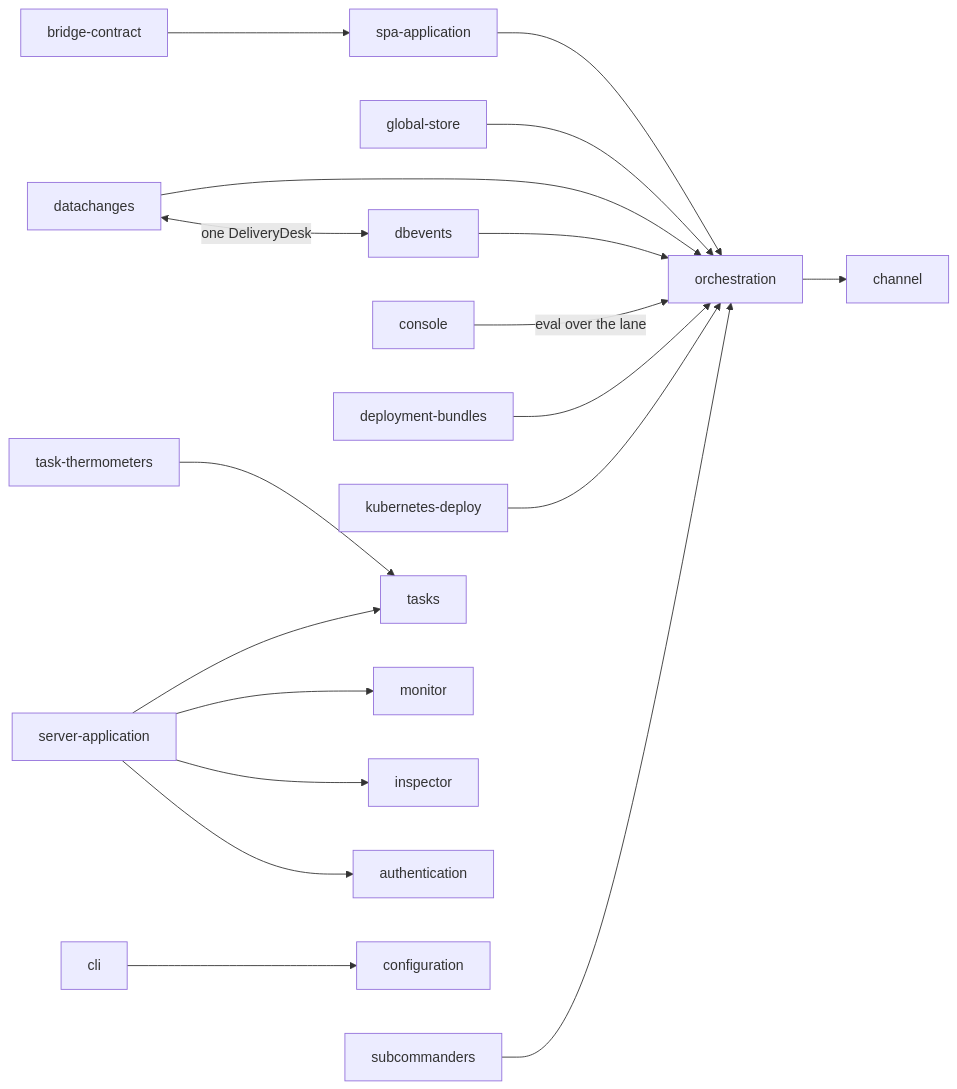
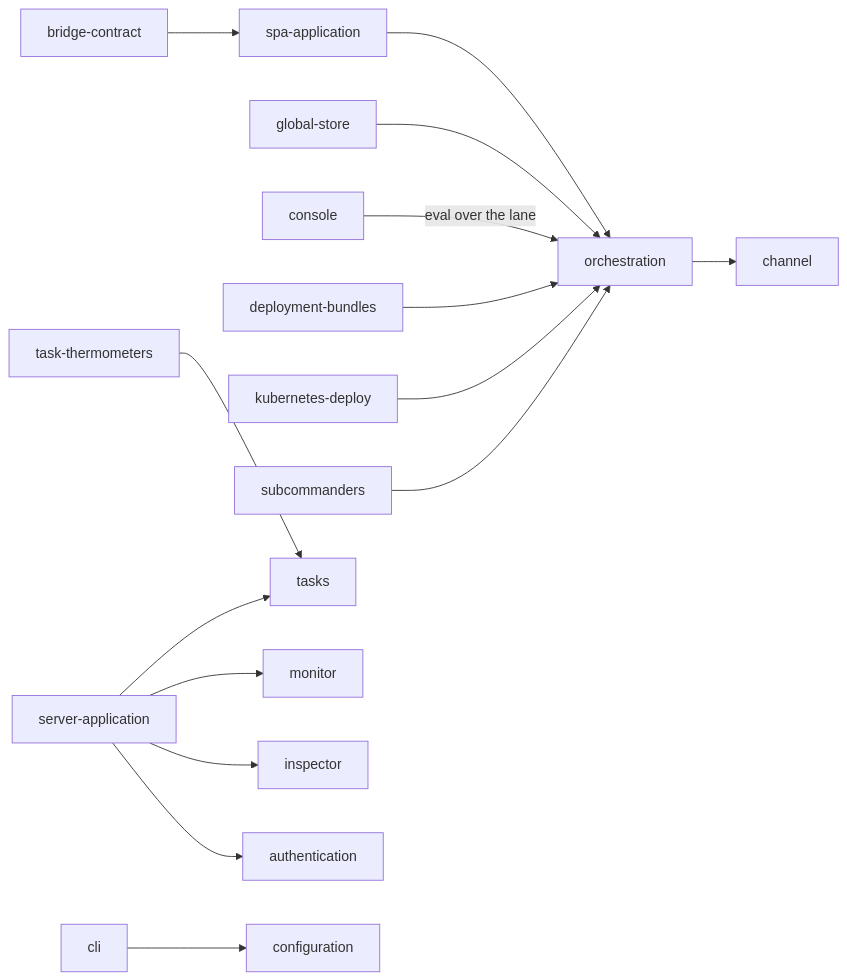
Before and after one commit to genropy/genro-asgi: the second of 2 diagrams in internals/00_overview/README.md, drawn with Mermaid. The commit also changed other lines of this file and 13 other files, not shown here.

First line of the commit message:
docs(#59): the datachanges and dbevents entries leave internals, the bridge contract names the seams

````diff
--- a/internals/00_overview/README.md
+++ b/internals/00_overview/README.md
@@ -384,17 +382,14 @@
 ```mermaid
 flowchart LR
     SPA[spa-application] --> ORC[orchestration]
     GS[global-store] --> ORC
-    DC[datachanges] --> ORC
-    DB[dbevents] --> ORC
     BRC[bridge-contract] --> SPA
-    DC <-->|one DeliveryDesk| DB
     CON[console] -->|eval over the lane| ORC
     ORC --> CH[channel]
     BUN[deployment-bundles] --> ORC
     K8S[kubernetes-deploy] --> ORC
     SUB[subcommanders] --> ORC
     TH[task-thermometers] --> TSK[tasks]
     SRVA[server-application] --> MON[monitor] & INS[inspector] & TSK & AUTH[authentication]
     CLI[cli] --> CFG[configuration]
 ```
````
